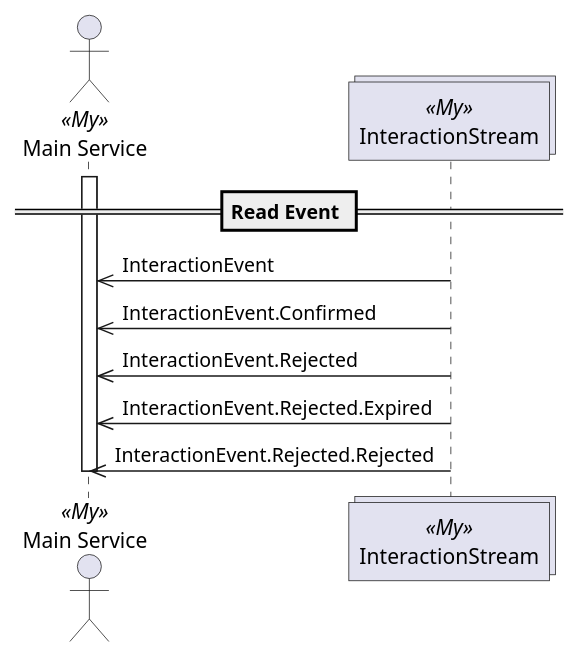
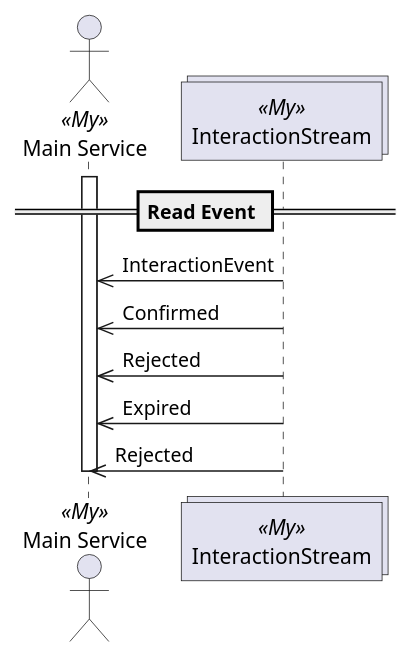
Before and after one commit to TypedUseCase/tuc-console: the diagram in docs/tuc/examples/read-event.puml, drawn with PlantUML. The commit also changed 18 other files, not shown here.

```diff
--- a/docs/tuc/examples/read-event.puml
+++ b/docs/tuc/examples/read-event.puml
@@ -1,17 +1,17 @@
 @startuml read-event
 
 == Read Event ==
 
 actor "Main Service" as MainService <<My>>
 collections "InteractionStream" as InteractionStream <<My>>
 
 activate MainService
 InteractionStream ->> MainService: InteractionEvent
-InteractionStream ->> MainService: InteractionEvent.Confirmed
-InteractionStream ->> MainService: InteractionEvent.Rejected
-InteractionStream ->> MainService: InteractionEvent.Rejected.Expired
-InteractionStream ->> MainService: InteractionEvent.Rejected.Rejected
+InteractionStream ->> MainService: Confirmed
+InteractionStream ->> MainService: Rejected
+InteractionStream ->> MainService: Expired
+InteractionStream ->> MainService: Rejected
 
 deactivate MainService
 
 @enduml
```
